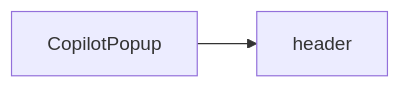
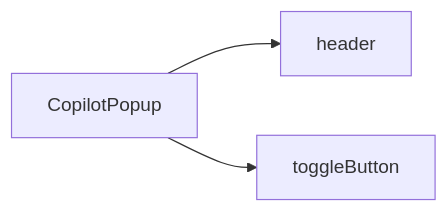
Before and after one commit to CopilotKit/CopilotKit: the diagram in src/v2.x/apps/docs/reference/copilot-popup.mdx, drawn with Mermaid. The commit also changed other lines of this file and 7 other files, not shown here.

First line of the commit message:
feat(react): add toggleButton slot to CopilotSidebar and CopilotPopup

````diff
--- a/src/v2.x/apps/docs/reference/copilot-popup.mdx
+++ b/src/v2.x/apps/docs/reference/copilot-popup.mdx
@@ -22,4 +22,5 @@
 ```mermaid
 graph LR
     CP[CopilotPopup] --> header
+    CP --> toggleButton
 ```
````
